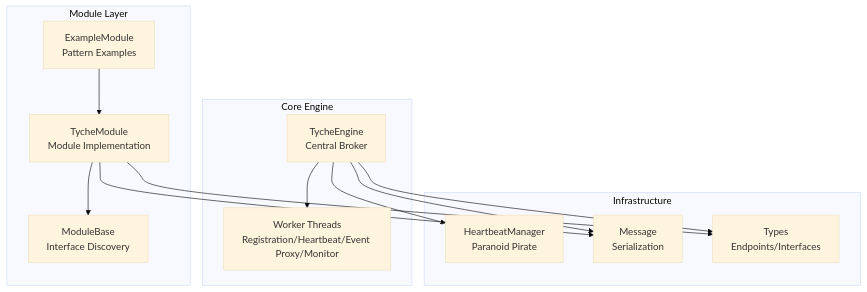
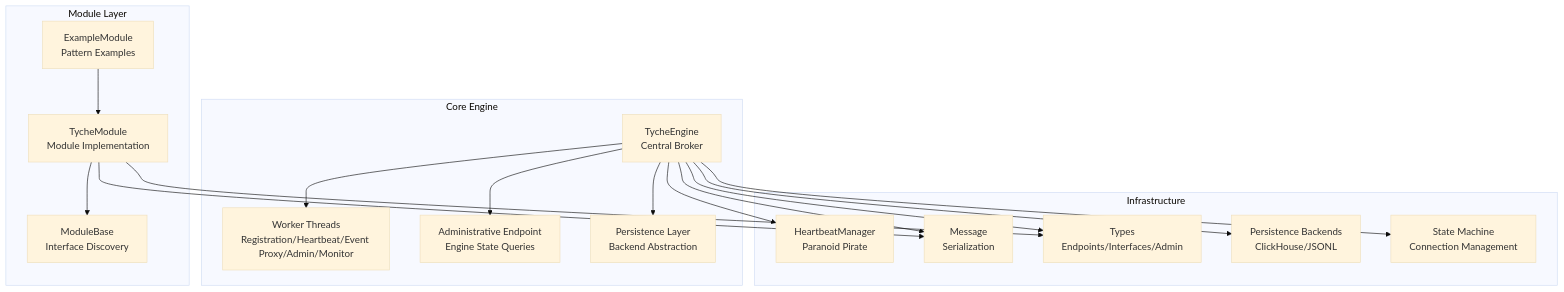
One commit to zt281/TycheEngine changed the first of 12 diagrams in .qoder/repowiki/en/content/Core Components/TycheEngine - Central Broker.md. Above: the diagram before and after it, drawn with Mermaid (base theme). The commit also changed other lines of this file and 34 other files, not shown here.

````diff
--- a/.qoder/repowiki/en/content/Core Components/TycheEngine - Central Broker.md
+++ b/.qoder/repowiki/en/content/Core Components/TycheEngine - Central Broker.md
@@ -42,25 +63,33 @@
 ```mermaid
 graph TB
 subgraph "Core Engine"
 E["TycheEngine<br/>Central Broker"]
-EW["Worker Threads<br/>Registration/Heartbeat/Event Proxy/Monitor"]
+EW["Worker Threads<br/>Registration/Heartbeat/Event Proxy/Admin/Monitor"]
+AE["Administrative Endpoint<br/>Engine State Queries"]
+PL["Persistence Layer<br/>Backend Abstraction"]
 end
 subgraph "Module Layer"
 MB["ModuleBase<br/>Interface Discovery"]
 TM["TycheModule<br/>Module Implementation"]
 EM["ExampleModule<br/>Pattern Examples"]
 end
 subgraph "Infrastructure"
 HB["HeartbeatManager<br/>Paranoid Pirate"]
 MSG["Message<br/>Serialization"]
-TYP["Types<br/>Endpoints/Interfaces"]
+TYP["Types<br/>Endpoints/Interfaces/Admin"]
+PS["Persistence Backends<br/>ClickHouse/JSONL"]
+SM["State Machine<br/>Connection Management"]
 end
 E --> EW
+E --> AE
+E --> PL
 TM --> MB
 EM --> TM
 E --> HB
 E --> MSG
 E --> TYP
+E --> PS
+E --> SM
 TM --> MSG
 TM --> TYP
 ```
````
